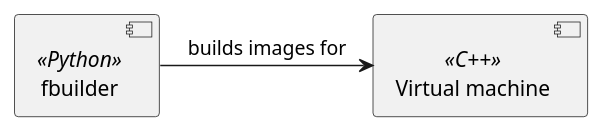
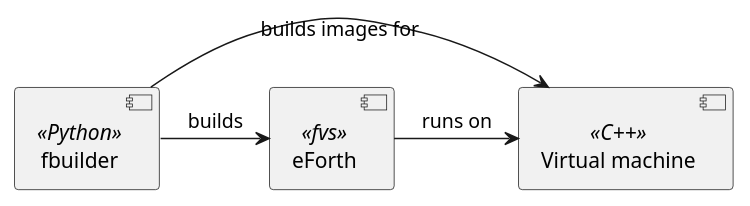
Before and after one commit to Jokymon/forth-vm-sim: the diagram in doc/system_overview.rst, drawn with PlantUML. The commit also changed other lines of this file and 1 other file, not shown here.

```diff
--- a/doc/system_overview.rst
+++ b/doc/system_overview.rst
@@ -4,6 +6,10 @@
 .. uml::
    :caption: System overview
 
    [Virtual machine] as vm <<C++>>
    [fbuilder] <<Python>>
+   [eForth] as eforth <<fvs>>
+
    fbuilder -> vm: builds images for
+   fbuilder -> eforth: builds
+   eforth -> vm: runs on
```
